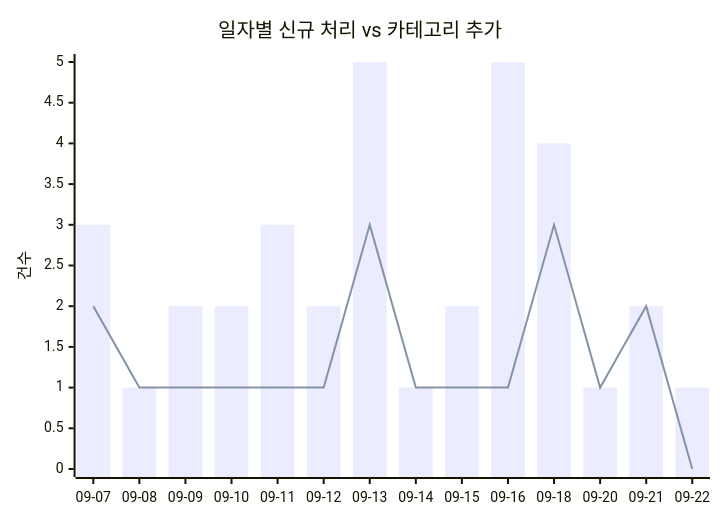
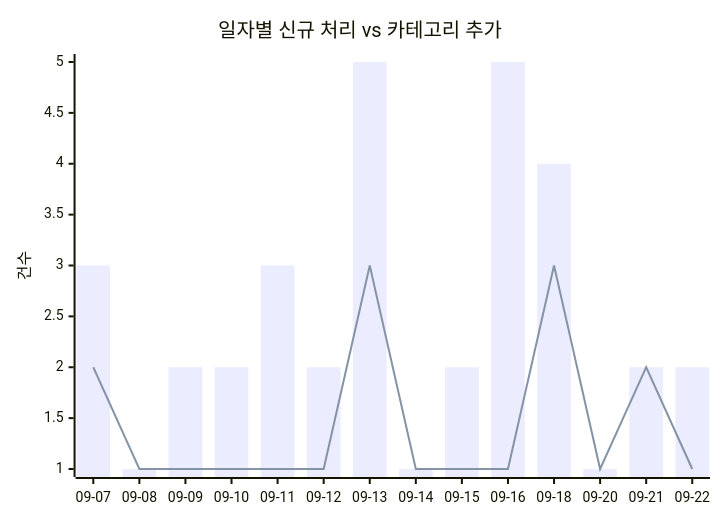
The first of 2 diagrams in docs/trends.md (J-nowcow/awesome-korean-agent-skills), drawn with Mermaid before and after one commit. The commit also changed other lines of this file and 4 other files, not shown here.

````diff
--- a/docs/trends.md
+++ b/docs/trends.md
@@ -32,8 +32,8 @@
 ```mermaid
 xychart-beta
     title "일자별 신규 처리 vs 카테고리 추가"
     x-axis ["09-07","09-08","09-09","09-10","09-11","09-12","09-13","09-14","09-15","09-16","09-18","09-20","09-21","09-22"]
     y-axis "건수"
-    bar [3,1,2,2,3,2,5,1,2,5,4,1,2,1]
-    line [2,1,1,1,1,1,3,1,1,1,3,1,2,0]
+    bar [3,1,2,2,3,2,5,1,2,5,4,1,2,2]
+    line [2,1,1,1,1,1,3,1,1,1,3,1,2,1]
 ```
````
